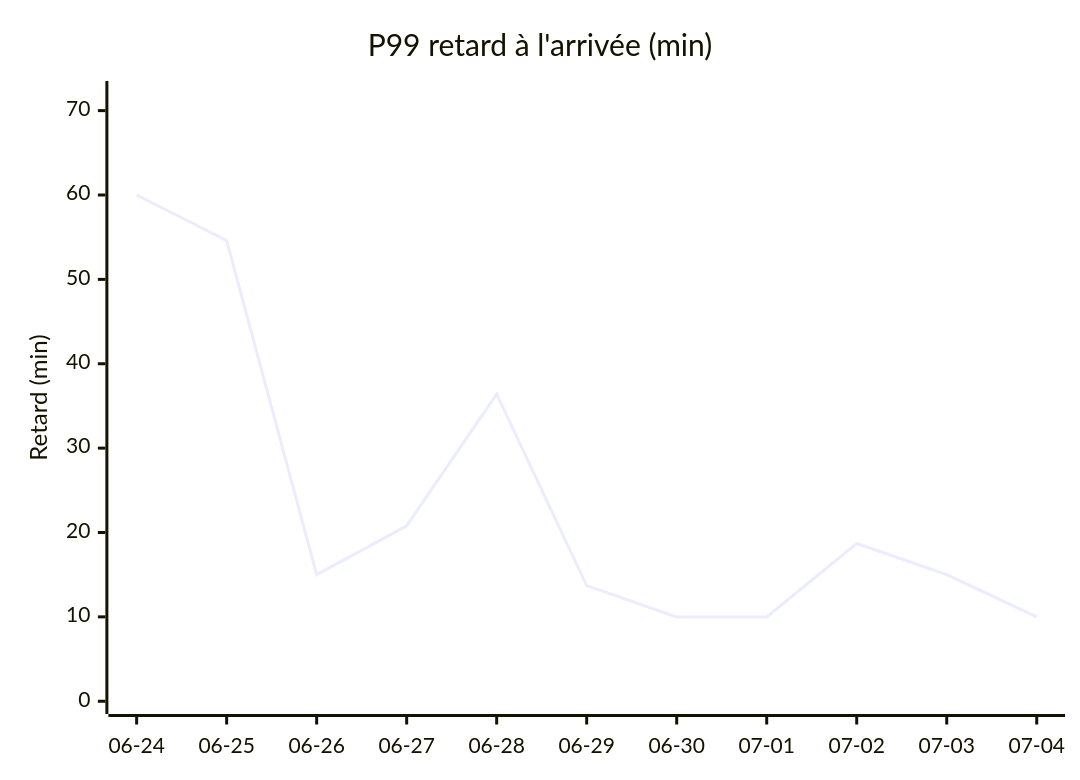
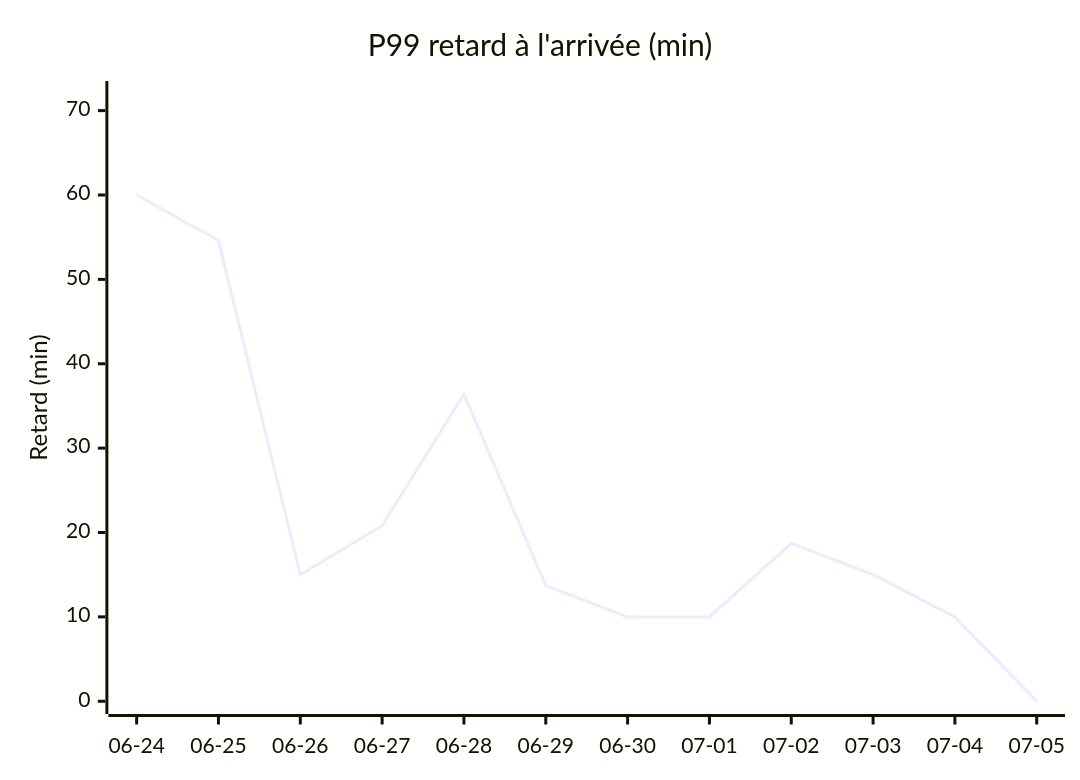
One commit to antoinerep/horaire-ter changed the second of 4 diagrams in STATS.md. Above: the diagram before and after it, drawn with Mermaid. The commit also changed other lines of this file and 1 other file, not shown here.

````diff
--- a/STATS.md
+++ b/STATS.md
@@ -39,7 +39,7 @@
 ```mermaid
 xychart-beta
     title "P99 retard à l'arrivée (min)"
-    x-axis ["06-24", "06-25", "06-26", "06-27", "06-28", "06-29", "06-30", "07-01", "07-02", "07-03", "07-04"]
+    x-axis ["06-24", "06-25", "06-26", "06-27", "06-28", "06-29", "06-30", "07-01", "07-02", "07-03", "07-04", "07-05"]
     y-axis "Retard (min)" 0 --> 72
-    line [60.0, 54.6, 15.0, 20.8, 36.4, 13.7, 10.0, 10.0, 18.7, 15.0, 10.0]
+    line [60.0, 54.6, 15.0, 20.8, 36.4, 13.7, 10.0, 10.0, 18.7, 15.0, 10.0, 0.0]
 ```
````
